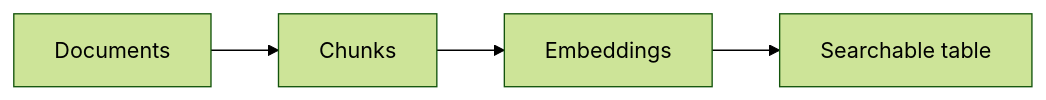
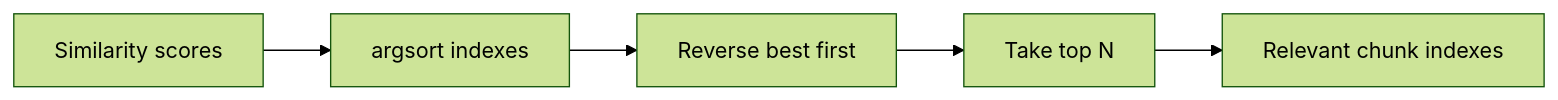
Diagram 11 of 14 in README.md (moslemajra85/knowlege_base_rag), drawn with Mermaid (forest theme) before and after one commit. The commit also changed other lines of this file, not shown here.

````diff
--- a/README.md
+++ b/README.md
@@ -501,6 +537,7 @@
 ```mermaid
 flowchart LR
-    A[Documents] --> B[Chunks]
-    B --> C[Embeddings]
-    C --> D[Searchable table]
+    A[Similarity scores] --> B[argsort indexes]
+    B --> C[Reverse best first]
+    C --> D[Take top N]
+    D --> E[Relevant chunk indexes]
 ```
````
